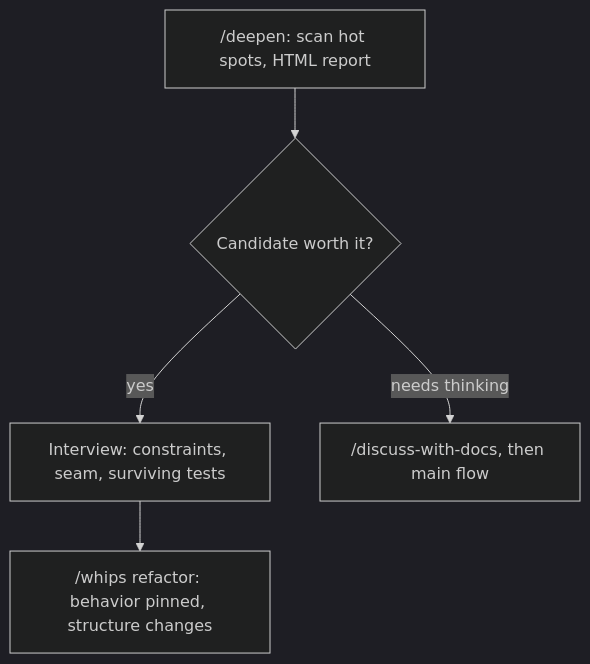
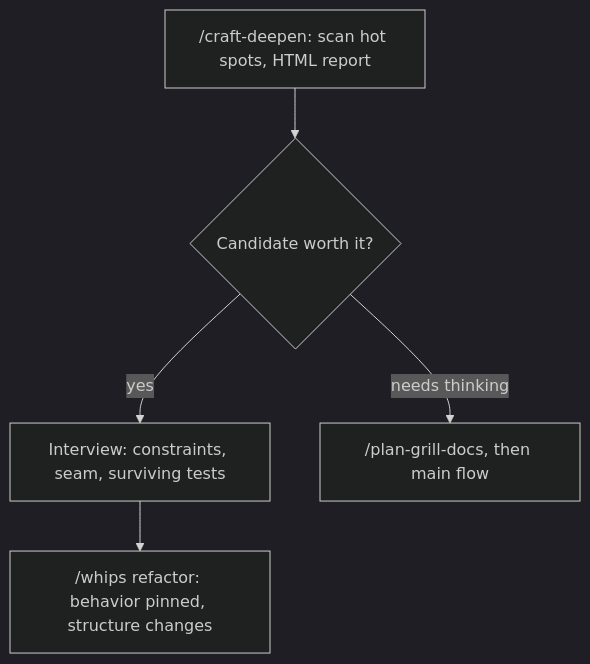
One commit to TudeOrangBiasa/skills-for-agents changed the tenth of 10 diagrams in skills/user-invoked/guide/COOKBOOK.md. Above: the diagram before and after it, drawn with Mermaid (dark theme). The commit also changed other lines of this file and 441 other files, not shown here.

````diff
--- a/skills/user-invoked/guide/COOKBOOK.md
+++ b/skills/user-invoked/guide/COOKBOOK.md
@@ -169,7 +169,7 @@
 ```mermaid
 flowchart TD
-    D["/deepen: scan hot spots, HTML report"] --> Q{"Candidate worth it?"}
+    D["/craft-deepen: scan hot spots, HTML report"] --> Q{"Candidate worth it?"}
     Q -->|yes| I["Interview: constraints, seam, surviving tests"]
     I --> W["/whips refactor: behavior pinned, structure changes"]
-    Q -->|"needs thinking"| M["/discuss-with-docs, then main flow"]
+    Q -->|"needs thinking"| M["/plan-grill-docs, then main flow"]
 ```
````
